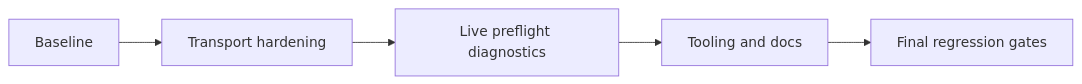
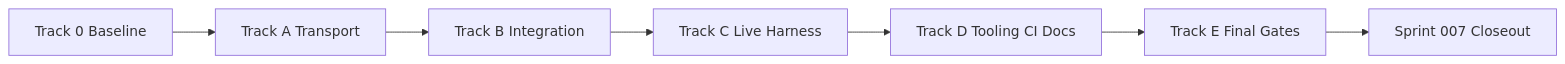
Before and after one commit to jaytaylor/attractor-tcl: the first of 2 diagrams in docs/sprints/SPRINT-007-comprehensive-implementation-plan.md, drawn with Mermaid. The commit also changed other lines of this file and 1 other file, not shown here.

Commit message:
docs(sprint-007): sync checklist state and add SNI handshake resync evidence

````diff
--- a/docs/sprints/SPRINT-007-comprehensive-implementation-plan.md
+++ b/docs/sprints/SPRINT-007-comprehensive-implementation-plan.md
@@ -216,7 +230,9 @@
 ```mermaid
 flowchart LR
-  P0[Baseline] --> P1[Transport hardening]
-  P1 --> P2[Live preflight diagnostics]
-  P2 --> P3[Tooling and docs]
-  P3 --> P4[Final regression gates]
+  T0[Track 0 Baseline] --> A[Track A Transport]
+  A --> B[Track B Integration]
+  B --> C[Track C Live Harness]
+  C --> D[Track D Tooling CI Docs]
+  D --> E[Track E Final Gates]
+  E --> DONE[Sprint 007 Closeout]
 ```
````
